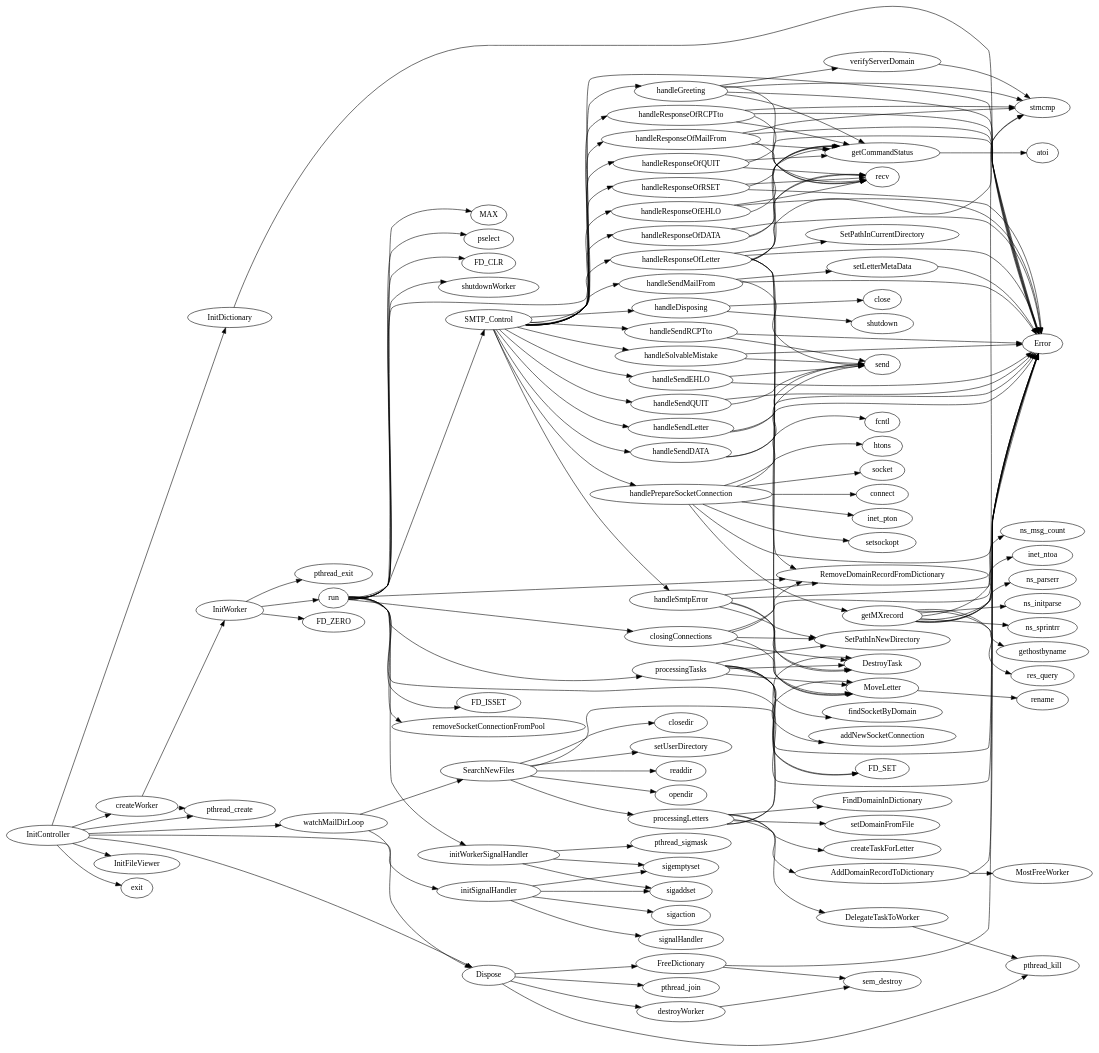
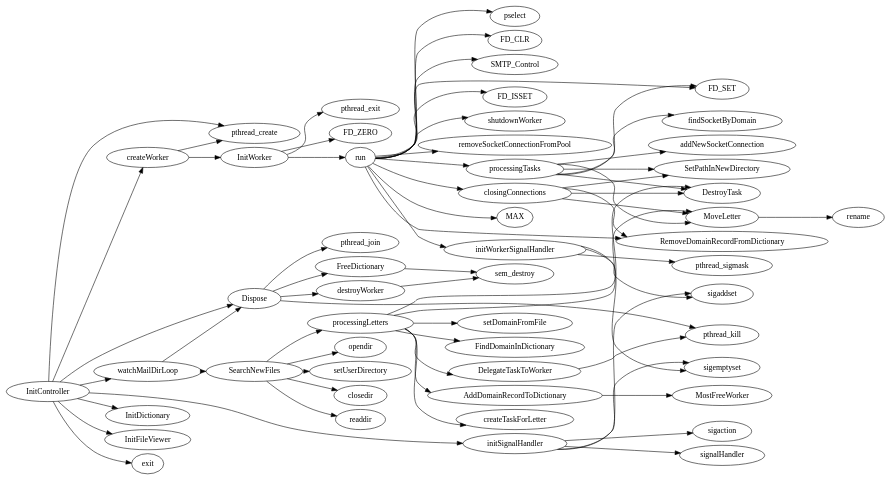
The diagram in report/dot/ccflow01.dot (BorodinDmitriy/bmstu-smtp), drawn with Graphviz before and after one commit. The commit also changed 8 other files, not shown here.

```diff
--- a/report/dot/ccflow01.dot
+++ b/report/dot/ccflow01.dot
@@ -1,169 +1,69 @@
 digraph map {
 rankdir=LR;
 ranksep=0.1; nodesep=0.1; defaultdist = 0.1; len = 0.1;
-handleResponseOfQUIT->recv;
+SearchNewFiles->setUserDirectory;
+processingLetters->createTaskForLetter;
+createWorker->pthread_create;
 InitController->pthread_create;
-handleGreeting->recv;
-SMTP_Control->handleResponseOfRSET;
+run->initWorkerSignalHandler;
+createWorker->InitWorker;
 processingTasks->addNewSocketConnection;
-handleResponseOfRSET->getCommandStatus;
-SearchNewFiles->Error;
-handleResponseOfEHLO->recv;
+Dispose->destroyWorker;
+run->SMTP_Control;
+destroyWorker->sem_destroy;
+closingConnections->SetPathInNewDirectory;
+AddDomainRecordToDictionary->MostFreeWorker;
+processingLetters->setDomainFromFile;
+MoveLetter->rename;
+SearchNewFiles->closedir;
 processingLetters->AddDomainRecordToDictionary;
 initWorkerSignalHandler->sigemptyset;
-FreeDictionary->Error;
-handleResponseOfQUIT->getCommandStatus;
-processingLetters->MoveLetter;
-run->initWorkerSignalHandler;
-SMTP_Control->handleResponseOfRCPTto;
-handleResponseOfRSET->Error;
-closingConnections->Error;
-handleResponseOfLetter->strncmp;
-handleSendDATA->Error;
-getMXrecord->Error;
-handleResponseOfLetter->SetPathInCurrentDirectory;
+run->FD_SET;
+run->FD_ISSET;
+run->shutdownWorker;
 watchMailDirLoop->SearchNewFiles;
-handleResponseOfMailFrom->getCommandStatus;
-handleDisposing->shutdown;
-handleSendRCPTto->Error;
-processingLetters->FindDomainInDictionary;
-handleResponseOfQUIT->Error;
-handleSolvableMistake->send;
-handleSendMailFrom->send;
-InitController->InitFileViewer;
-handleResponseOfLetter->DestroyTask;
-initSignalHandler->sigemptyset;
-initSignalHandler->signalHandler;
-Dispose->FreeDictionary;
-SMTP_Control->handleGreeting;
-handleGreeting->getCommandStatus;
-SMTP_Control->handleResponseOfQUIT;
-createWorker->InitWorker;
-processingTasks->FD_SET;
-run->SMTP_Control;
-handleSmtpError->DestroyTask;
-AddDomainRecordToDictionary->MostFreeWorker;
-handleSendMailFrom->Error;
-handleResponseOfDATA->recv;
-handleSmtpError->SetPathInNewDirectory;
-run->Error;
-SearchNewFiles->closedir;
-run->FD_ISSET;
-run->FD_SET;
-SMTP_Control->handleSendMailFrom;
 run->removeSocketConnectionFromPool;
-getMXrecord->ns_sprintrr;
-InitDictionary->Error;
+processingTasks->findSocketByDomain;
+DelegateTaskToWorker->pthread_kill;
 processingTasks->DestroyTask;
-handlePrepareSocketConnection->htons;
-handleResponseOfMailFrom->strncmp;
+initSignalHandler->sigaction;
+run->closingConnections;
+Dispose->pthread_kill;
 FreeDictionary->sem_destroy;
-SMTP_Control->handleResponseOfLetter;
-InitController->createWorker;
-handleSendMailFrom->setLetterMetaData;
-handleResponseOfEHLO->getCommandStatus;
-closingConnections->RemoveDomainRecordFromDictionary;
-InitController->Dispose;
-verifyServerDomain->strncmp;
-handleResponseOfLetter->MoveLetter;
-handleSmtpError->MoveLetter;
-InitController->watchMailDirLoop;
-handleSmtpError->RemoveDomainRecordFromDictionary;
-setLetterMetaData->Error;
 processingLetters->DestroyTask;
-SMTP_Control->handleSendRCPTto;
-InitController->initSignalHandler;
-run->RemoveDomainRecordFromDictionary;
-SMTP_Control->handleResponseOfEHLO;
-handlePrepareSocketConnection->socket;
-processingTasks->SetPathInNewDirectory;
-processingLetters->setDomainFromFile;
-AddDomainRecordToDictionary->Error;
-handleGreeting->Error;
-SearchNewFiles->setUserDirectory;
-createWorker->pthread_create;
-handleGreeting->strncmp;
-getMXrecord->strncmp;
-Dispose->destroyWorker;
-handleResponseOfDATA->Error;
-destroyWorker->sem_destroy;
-getMXrecord->gethostbyname;
-handleSendEHLO->Error;
-SMTP_Control->handleSendQUIT;
-getCommandStatus->atoi;
-handleResponseOfLetter->Error;
-SMTP_Control->handleResponseOfDATA;
-handleResponseOfRCPTto->recv;
-SMTP_Control->handleSolvableMistake;
-getMXrecord->res_query;
-SMTP_Control->handleSendEHLO;
-SMTP_Control->handleSendLetter;
-processingTasks->findSocketByDomain;
-handleSendLetter->send;
-handleResponseOfDATA->getCommandStatus;
-handlePrepareSocketConnection->connect;
-handleResponseOfLetter->RemoveDomainRecordFromDictionary;
-Dispose->pthread_kill;
-SMTP_Control->handlePrepareSocketConnection;
-handleResponseOfRSET->recv;
-InitWorker->run;
-handleSendLetter->Error;
-InitController->InitDictionary;
-getMXrecord->ns_msg_count;
-processingTasks->MoveLetter;
-handleSolvableMistake->Error;
-SMTP_Control->handleDisposing;
-handlePrepareSocketConnection->inet_pton;
-handleSmtpError->Error;
-run->MAX;
-handleDisposing->close;
-run->pselect;
-SMTP_Control->handleSmtpError;
-handleResponseOfMailFrom->recv;
-initSignalHandler->sigaddset;
-handleSendRCPTto->send;
-InitWorker->FD_ZERO;
-handleResponseOfRCPTto->getCommandStatus;
-closingConnections->MoveLetter;
-run->FD_CLR;
-handleSendDATA->send;
-processingLetters->DelegateTaskToWorker;
-initWorkerSignalHandler->sigaddset;
-initWorkerSignalHandler->pthread_sigmask;
-processingLetters->createTaskForLetter;
-SearchNewFiles->readdir;
-handleResponseOfEHLO->Error;
-watchMailDirLoop->Dispose;
-closingConnections->SetPathInNewDirectory;
-MoveLetter->rename;
-handleResponseOfRCPTto->strncmp;
-InitController->exit;
-SMTP_Control->handleResponseOfMailFrom;
-run->shutdownWorker;
-handleResponseOfLetter->recv;
-DelegateTaskToWorker->pthread_kill;
-run->closingConnections;
-initSignalHandler->sigaction;
-SearchNewFiles->opendir;
-handleSendEHLO->send;
+Dispose->pthread_join;
 closingConnections->DestroyTask;
 InitWorker->pthread_exit;
-handlePrepareSocketConnection->setsockopt;
-handleSendQUIT->Error;
-handleResponseOfRCPTto->Error;
+InitWorker->run;
+InitController->InitDictionary;
+InitController->createWorker;
+Dispose->FreeDictionary;
+processingTasks->MoveLetter;
+processingTasks->FD_SET;
+SearchNewFiles->readdir;
+closingConnections->RemoveDomainRecordFromDictionary;
 run->processingTasks;
-handleResponseOfLetter->getCommandStatus;
+InitController->Dispose;
 SearchNewFiles->processingLetters;
-Dispose->pthread_join;
-handlePrepareSocketConnection->Error;
-processingTasks->Error;
-getMXrecord->inet_ntoa;
-handleGreeting->verifyServerDomain;
-SMTP_Control->handleSendDATA;
-handleResponseOfMailFrom->Error;
-handlePrepareSocketConnection->getMXrecord;
-handlePrepareSocketConnection->fcntl;
-handleSendQUIT->send;
-getMXrecord->ns_parserr;
-getMXrecord->ns_initparse;
+run->MAX;
+run->pselect;
+initSignalHandler->signalHandler;
+watchMailDirLoop->Dispose;
+processingLetters->FindDomainInDictionary;
+InitController->watchMailDirLoop;
+initSignalHandler->sigaddset;
+InitWorker->FD_ZERO;
+InitController->initSignalHandler;
+InitController->InitFileViewer;
+run->RemoveDomainRecordFromDictionary;
+InitController->exit;
+closingConnections->MoveLetter;
+processingTasks->SetPathInNewDirectory;
+processingLetters->DelegateTaskToWorker;
+run->FD_CLR;
+SearchNewFiles->opendir;
+initSignalHandler->sigemptyset;
+initWorkerSignalHandler->sigaddset;
+processingLetters->MoveLetter;
+initWorkerSignalHandler->pthread_sigmask;
 }
```
